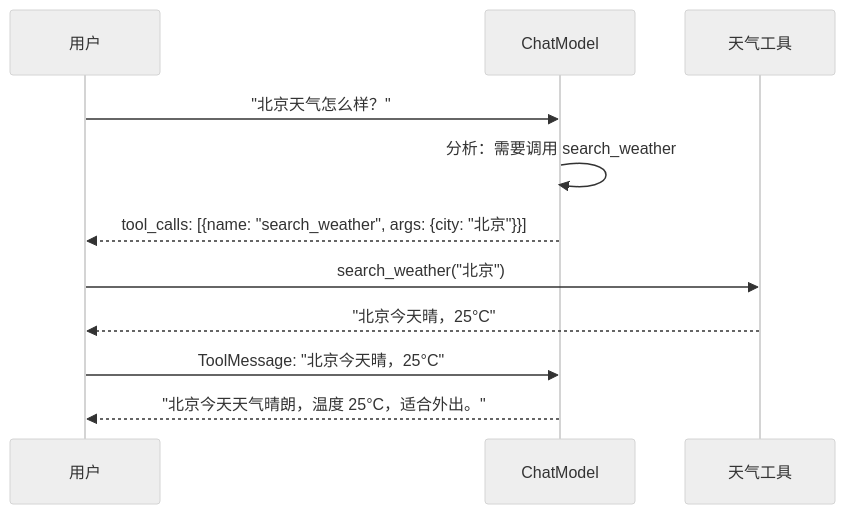
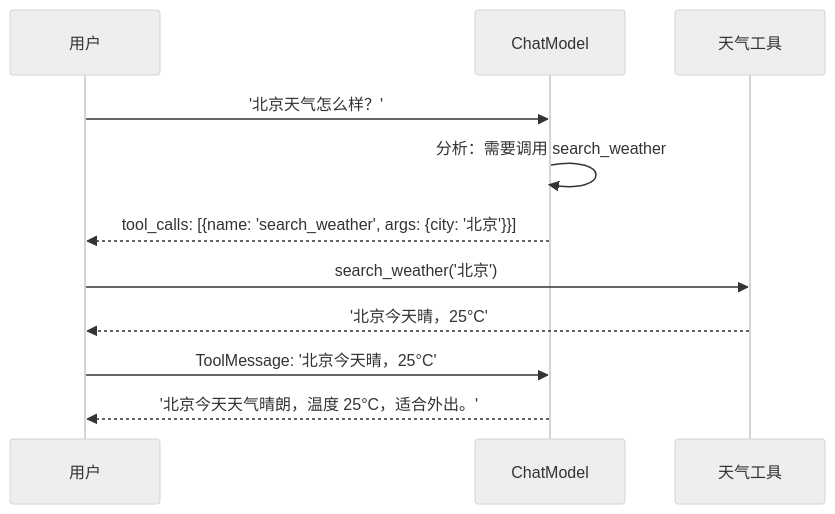
The third of 4 diagrams in learn/04-models.md (Cleam/langchain), drawn with Mermaid (neutral theme) before and after one commit. The commit also changed 7 other files, not shown here.

First line of the commit message:
docs(learn): fix mermaid diagram syntax errors across all tutorial chapters

````diff
--- a/learn/04-models.md
+++ b/learn/04-models.md
@@ -209,14 +209,14 @@
 ```mermaid
 sequenceDiagram
     participant User as 用户
     participant Model as ChatModel
     participant Tool as 天气工具
 
-    User->>Model: "北京天气怎么样？"
+    User->>Model: '北京天气怎么样？'
     Model->>Model: 分析：需要调用 search_weather
-    Model-->>User: tool_calls: [{name: "search_weather", args: {city: "北京"}}]
-    User->>Tool: search_weather("北京")
-    Tool-->>User: "北京今天晴，25°C"
-    User->>Model: ToolMessage: "北京今天晴，25°C"
-    Model-->>User: "北京今天天气晴朗，温度 25°C，适合外出。"
+    Model-->>User: tool_calls: [{name: 'search_weather', args: {city: '北京'}}]
+    User->>Tool: search_weather('北京')
+    Tool-->>User: '北京今天晴，25°C'
+    User->>Model: ToolMessage: '北京今天晴，25°C'
+    Model-->>User: '北京今天天气晴朗，温度 25°C，适合外出。'
 ```
````
